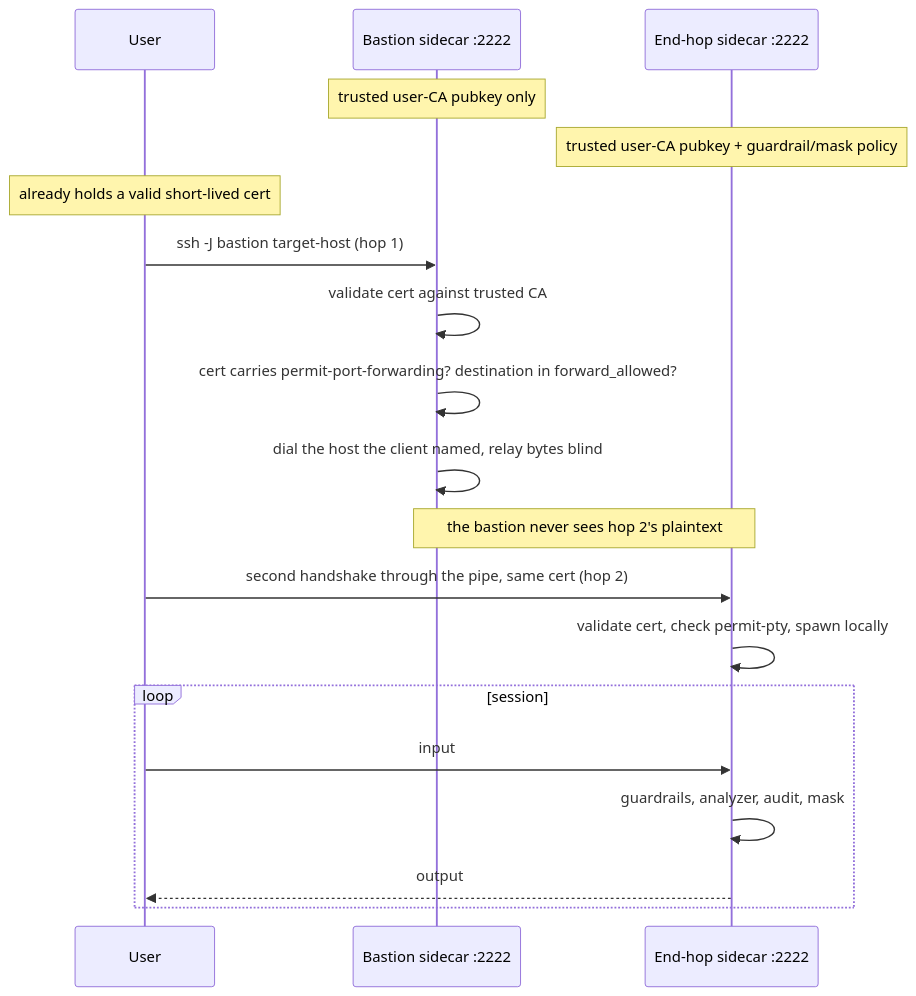
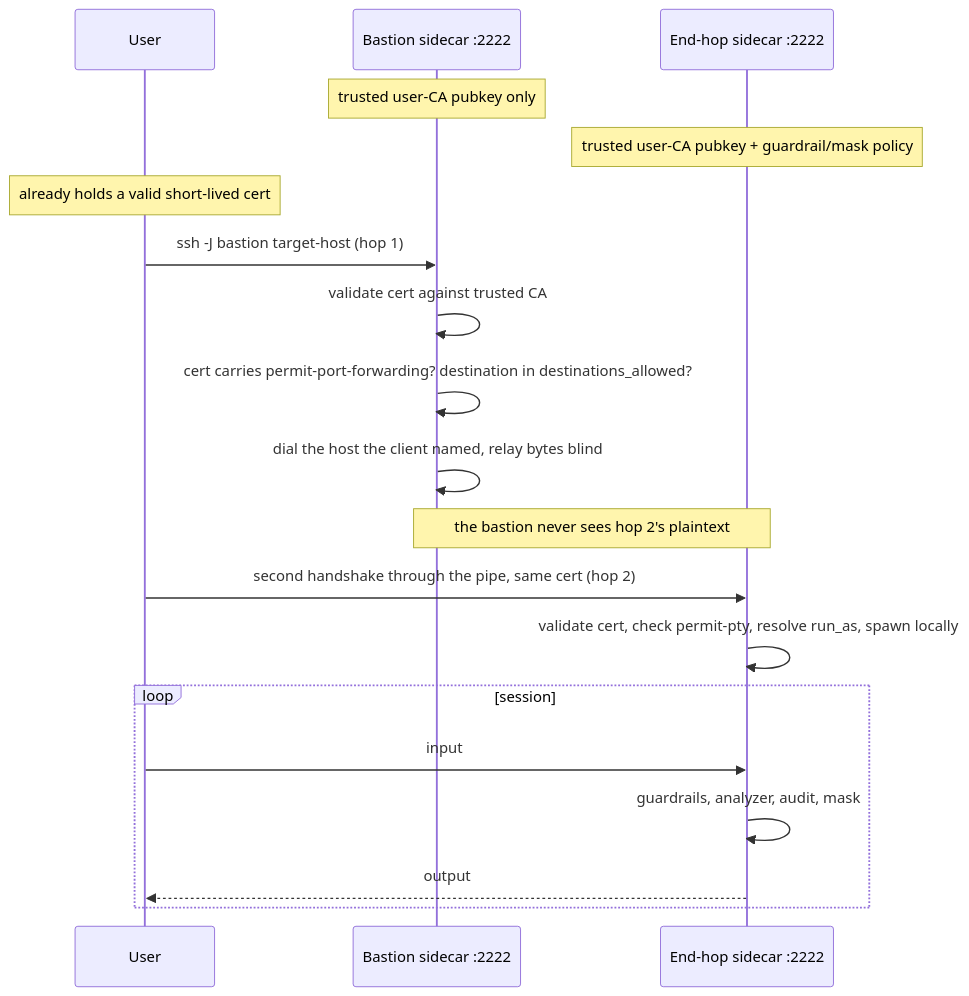
The first of 3 diagrams in docs/adr/0015-ssh-terminates-at-the-sidecar.md (hoophq/hoop), drawn with Mermaid before and after one commit. The commit also changed other lines of this file, not shown here.

Commit message:
Add proposed changes from Mat and include run_as specification as well

````diff
--- a/docs/adr/0015-ssh-terminates-at-the-sidecar.md
+++ b/docs/adr/0015-ssh-terminates-at-the-sidecar.md
@@ -162,25 +164,25 @@
 ```mermaid
 sequenceDiagram
     participant User
     participant Bastion as Bastion sidecar :2222
     participant Endpoint as End-hop sidecar :2222
 
     Note over Bastion: trusted user-CA pubkey only
     Note over Endpoint: trusted user-CA pubkey + guardrail/mask policy
     Note over User: already holds a valid short-lived cert
 
     User->>Bastion: ssh -J bastion target-host (hop 1)
     Bastion->>Bastion: validate cert against trusted CA
-    Bastion->>Bastion: cert carries permit-port-forwarding? destination in forward_allowed?
+    Bastion->>Bastion: cert carries permit-port-forwarding? destination in destinations_allowed?
     Bastion->>Bastion: dial the host the client named, relay bytes blind
     Note over Bastion,Endpoint: the bastion never sees hop 2's plaintext
 
     User->>Endpoint: second handshake through the pipe, same cert (hop 2)
-    Endpoint->>Endpoint: validate cert, check permit-pty, spawn locally
+    Endpoint->>Endpoint: validate cert, check permit-pty, resolve run_as, spawn locally
 
     loop session
         User->>Endpoint: input
         Endpoint->>Endpoint: guardrails, analyzer, audit, mask
         Endpoint-->>User: output
     end
 ```
````
